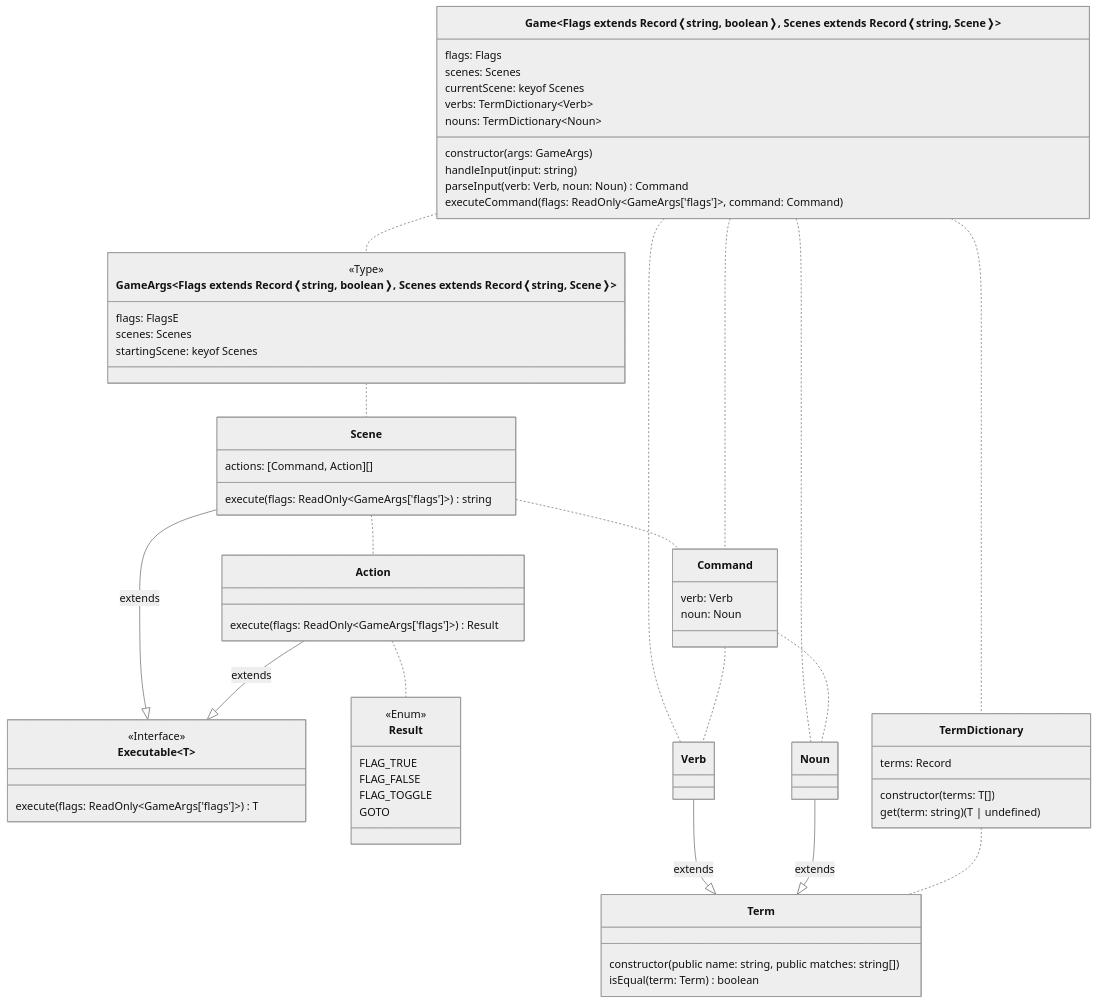
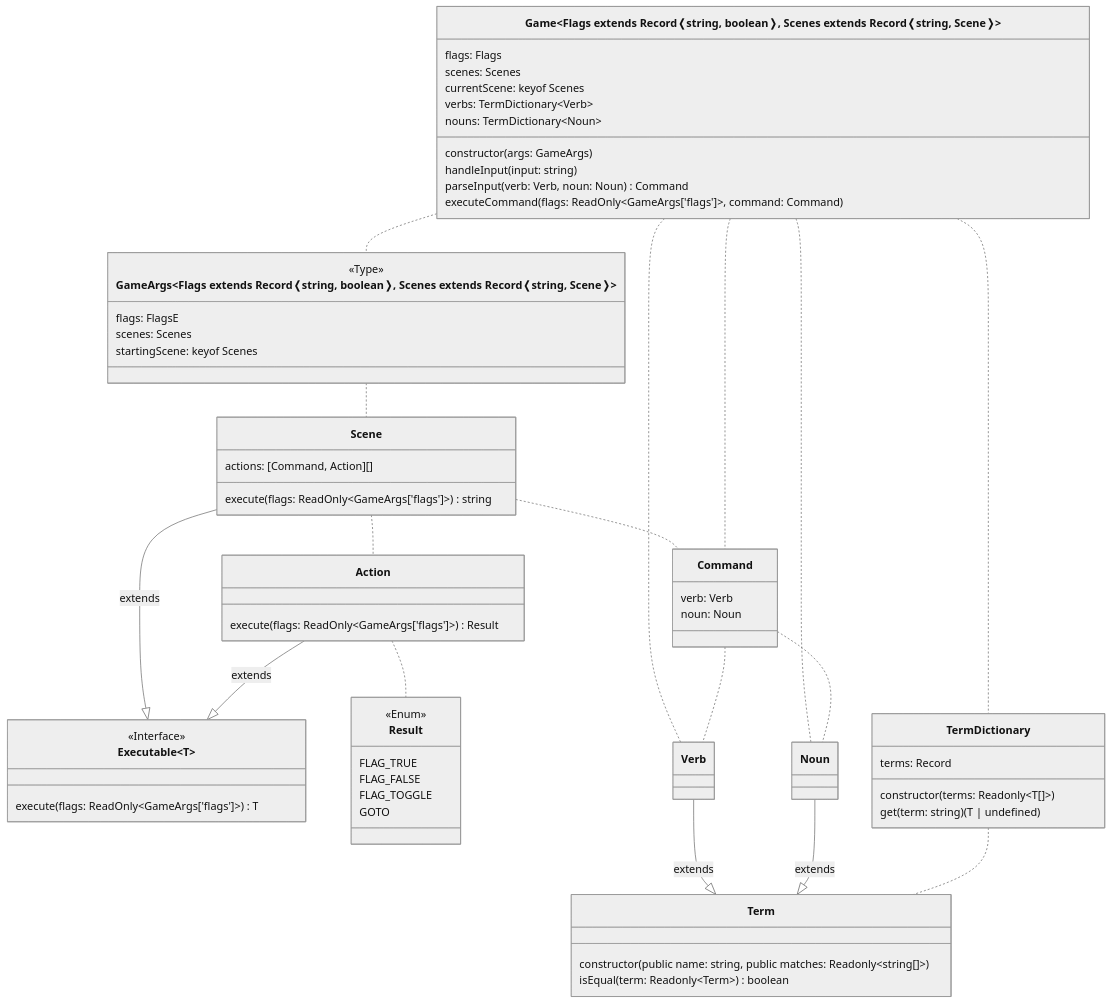
Before and after one commit to flipactual/text-adventure-experiment: the diagram in README.md, drawn with Mermaid (neutral theme).

````diff
--- a/README.md
+++ b/README.md
@@ -3,67 +3,67 @@
 ```mermaid
 classDiagram
 class GameArgs~Flags extends Record❬string, boolean❭, Scenes extends Record❬string, Scene❭~ {
   <<Type>>
   flags: FlagsE
   scenes: Scenes
   startingScene: keyof Scenes
 }
 GameArgs .. Scene
 class Executable~T~ {
   <<Interface>>
   execute(flags: ReadOnly~GameArgs['flags']~) T
 }
 class Scene {
   actions: [Command, Action][]
   execute(flags: ReadOnly~GameArgs['flags']~) string
 }
 Scene .. Command
 Scene .. Action
 Scene --|> Executable : extends
 class Action {
   execute(flags: ReadOnly~GameArgs['flags']~) Result
 }
 Action .. Result
 Action --|> Executable : extends
 class Result {
   <<Enum>>
   FLAG_TRUE
   FLAG_FALSE
   FLAG_TOGGLE
   GOTO
 }
 class Game~Flags extends Record❬string, boolean❭, Scenes extends Record❬string, Scene❭~ {
   flags: Flags
   scenes: Scenes
   currentScene: keyof Scenes
   verbs: TermDictionary~Verb~
   nouns: TermDictionary~Noun~
   constructor(args: GameArgs)
   handleInput(input: string)
   parseInput(verb: Verb, noun: Noun) Command
   executeCommand(flags: ReadOnly~GameArgs['flags']~, command: Command)
 }
 Game .. GameArgs
 Game .. Verb
 Game .. Noun
 Game .. TermDictionary
 Game .. Command
 class Command {
   verb: Verb
   noun: Noun
 }
 Command .. Verb
 Command .. Noun
 class Term {
-  constructor(public name: string, public matches: string[])
-  isEqual(term: Term) boolean 
+  constructor(public name: string, public matches: Readonly~string[]~)
+  isEqual(term: Readonly~Term~) boolean 
 }
 Verb --|> Term : extends
 Noun --|> Term : extends
 class TermDictionary~T extends Term~ {
   terms: Record<string, T>
-  constructor(terms: T[])
+  constructor(terms: Readonly~T[]~)
   get(term: string) (T | undefined)
 }
 TermDictionary .. Term
 ```
````
